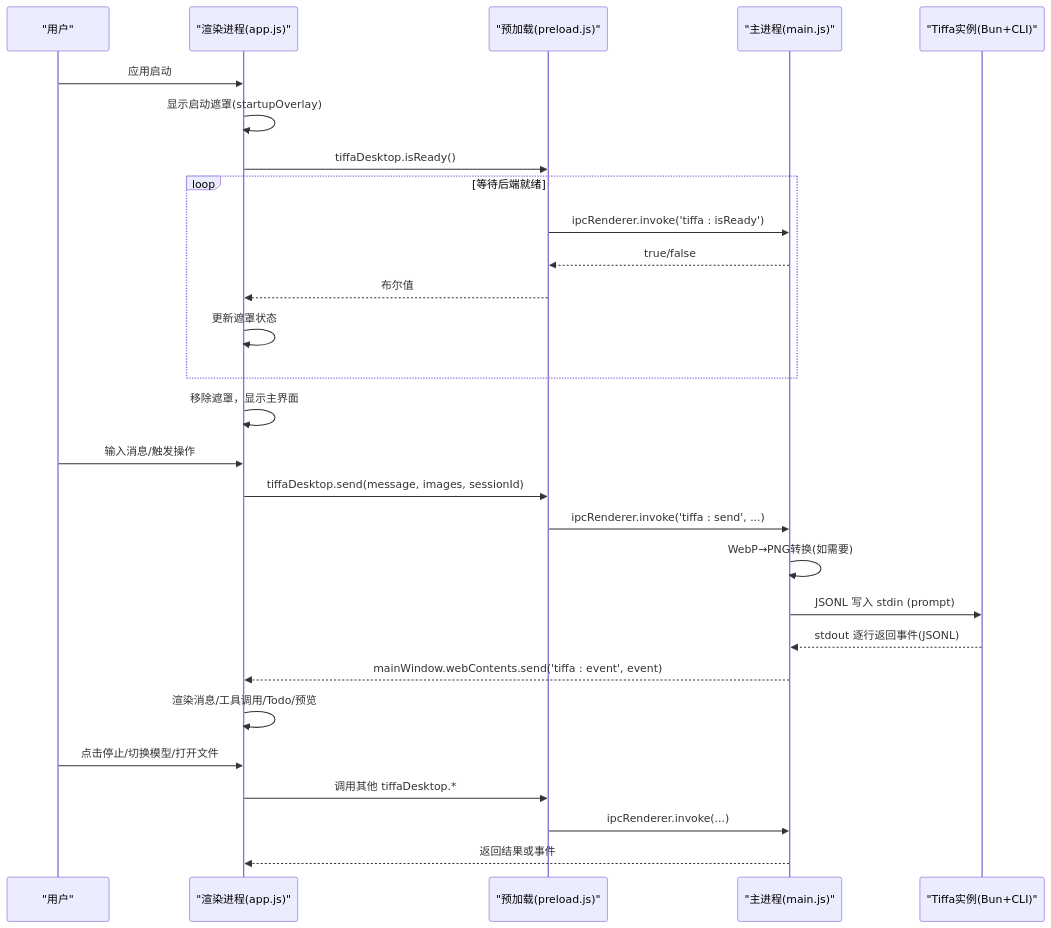
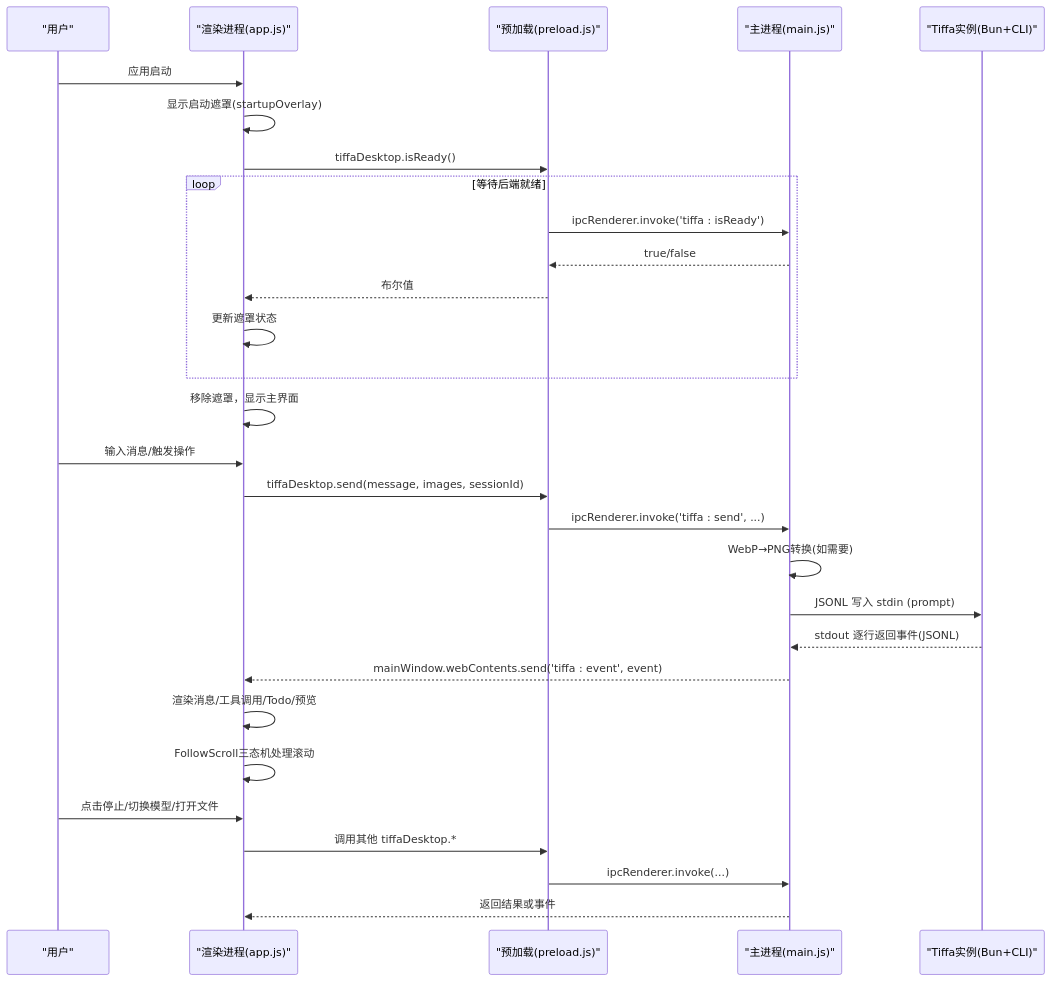
The second of 10 diagrams in .qoder/repowiki/zh/content/核心架构/Electron应用架构/Electron应用架构.md (swond-Mao/Tiffa), drawn with Mermaid before and after one commit. The commit also changed other lines of this file and 22 other files, not shown here.

````diff
--- a/.qoder/repowiki/zh/content/核心架构/Electron应用架构/Electron应用架构.md
+++ b/.qoder/repowiki/zh/content/核心架构/Electron应用架构/Electron应用架构.md
@@ -122,30 +130,31 @@
 ```mermaid
 sequenceDiagram
 participant U as "用户"
 participant R as "渲染进程(app.js)"
 participant P as "预加载(preload.js)"
 participant M as "主进程(main.js)"
 participant I as "Tiffa实例(Bun+CLI)"
 U->>R : 应用启动
 R->>R : 显示启动遮罩(startupOverlay)
 R->>P : tiffaDesktop.isReady()
 loop 等待后端就绪
 P->>M : ipcRenderer.invoke('tiffa : isReady')
 M-->>P : true/false
 P-->>R : 布尔值
 R->>R : 更新遮罩状态
 end
 R->>R : 移除遮罩，显示主界面
 U->>R : 输入消息/触发操作
 R->>P : tiffaDesktop.send(message, images, sessionId)
 P->>M : ipcRenderer.invoke('tiffa : send', ...)
 M->>M : WebP→PNG转换(如需要)
 M->>I : JSONL 写入 stdin (prompt)
 I-->>M : stdout 逐行返回事件(JSONL)
 M-->>R : mainWindow.webContents.send('tiffa : event', event)
 R->>R : 渲染消息/工具调用/Todo/预览
+R->>R : FollowScroll三态机处理滚动
 U->>R : 点击停止/切换模型/打开文件
 R->>P : 调用其他 tiffaDesktop.*
 P->>M : ipcRenderer.invoke(...)
 M-->>R : 返回结果或事件
 ```
````
